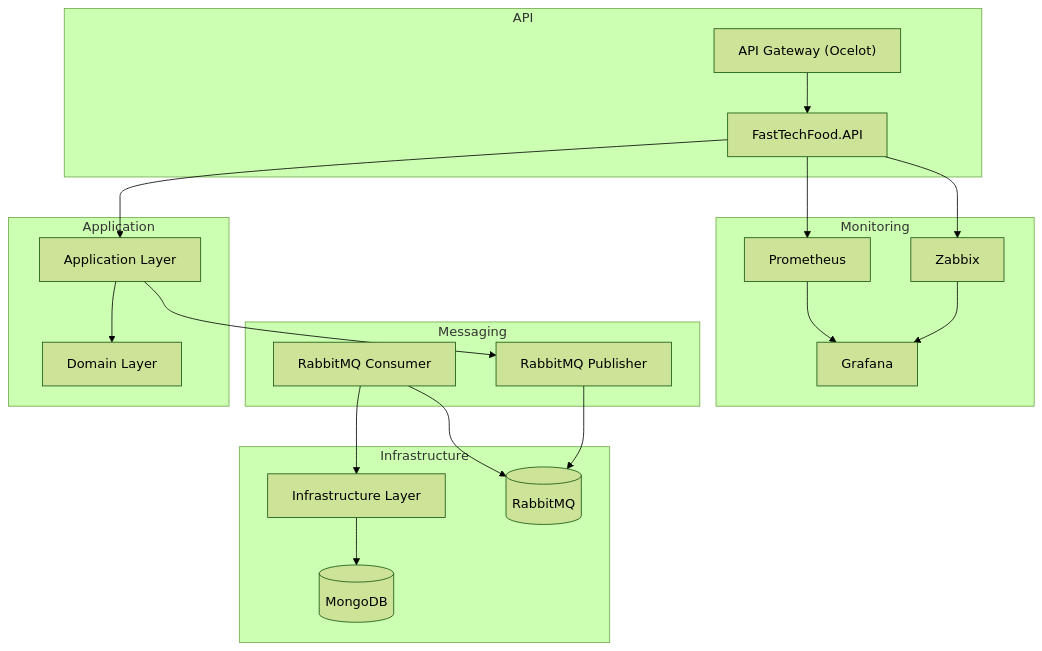
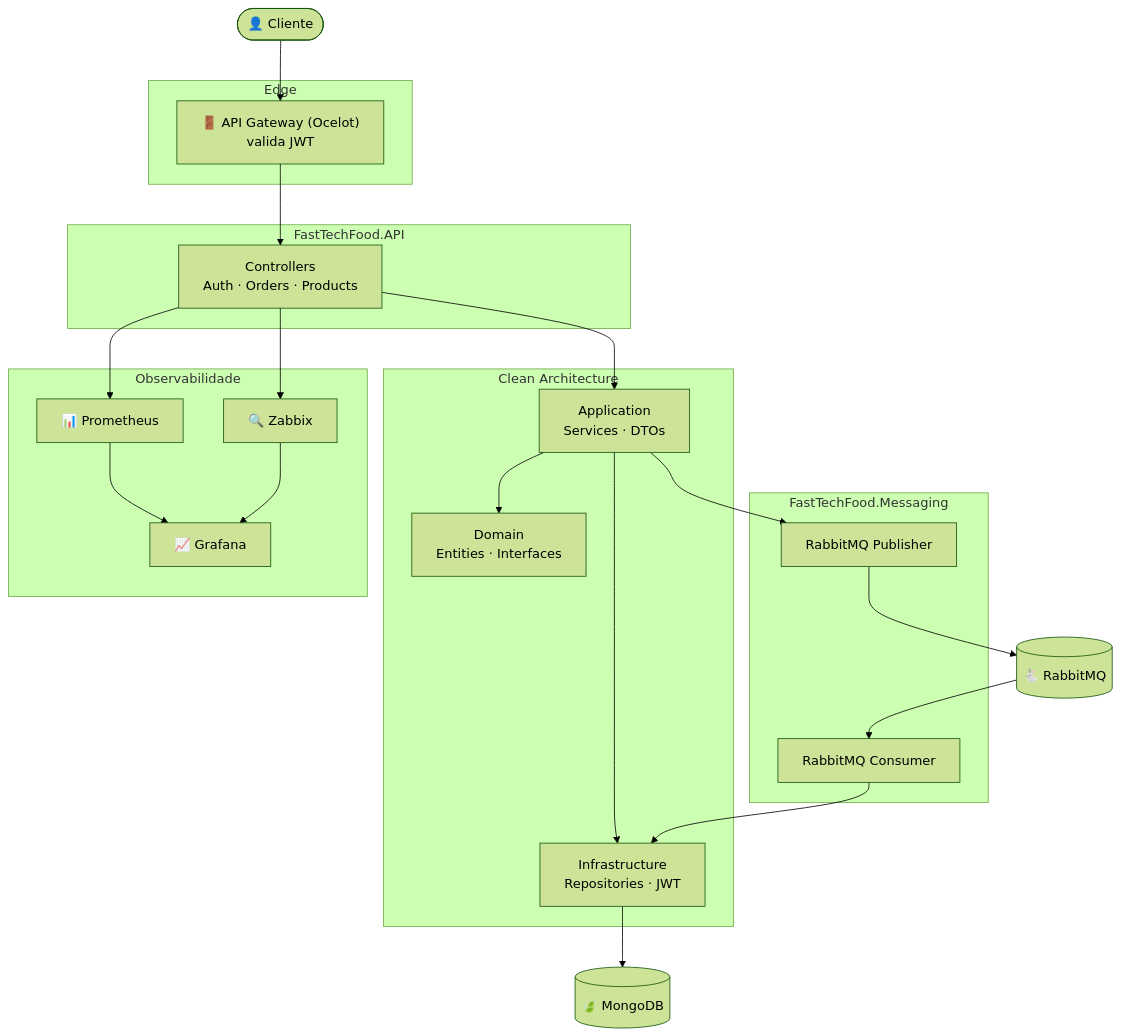
One commit to cabxavier/FastTechFood changed the diagram in README.md. Above: the diagram before and after it, drawn with Mermaid (forest theme). The commit also changed other lines of this file and 1 other file, not shown here.

````diff
--- a/README.md
+++ b/README.md
@@ -128,43 +95,47 @@
 ```mermaid
 graph TD
-    subgraph API
-        APIGateway["API Gateway (Ocelot)"]
-        FastTechFoodAPI["FastTechFood.API"]
+    Client([👤 Cliente]) --> APIGateway
+
+    subgraph Edge
+        APIGateway["🚪 API Gateway (Ocelot)<br/>valida JWT"]
     end
 
-    subgraph Application
-        AppLayer["Application Layer"]
-        DomainLayer["Domain Layer"]
+    subgraph API["FastTechFood.API"]
+        FastTechFoodAPI["Controllers<br/>Auth · Orders · Products"]
     end
 
-    subgraph Infrastructure
-        InfraLayer["Infrastructure Layer"]
-        MongoDB[(MongoDB)]
-        RabbitMQ[(RabbitMQ)]
+    subgraph Camadas["Clean Architecture"]
+        AppLayer["Application<br/>Services · DTOs"]
+        DomainLayer["Domain<br/>Entities · Interfaces"]
+        InfraLayer["Infrastructure<br/>Repositories · JWT"]
     end
 
-    subgraph Messaging
+    subgraph Messaging["FastTechFood.Messaging"]
+        MessagingPublisher["RabbitMQ Publisher"]
         MessagingConsumer["RabbitMQ Consumer"]
-        MessagingPublisher["RabbitMQ Publisher"]
     end
 
-    subgraph Monitoring
-        Prometheus["Prometheus"]
-        Zabbix["Zabbix"]
-        Grafana["Grafana"]
+    MongoDB[(🍃 MongoDB)]
+    RabbitMQ[(🐇 RabbitMQ)]
+
+    subgraph Monitoring["Observabilidade"]
+        Prometheus["📊 Prometheus"]
+        Zabbix["🔍 Zabbix"]
+        Grafana["📈 Grafana"]
     end
 
     APIGateway --> FastTechFoodAPI
     FastTechFoodAPI --> AppLayer
     AppLayer --> DomainLayer
+    AppLayer --> InfraLayer
     AppLayer --> MessagingPublisher
+    MessagingPublisher --> RabbitMQ
+    RabbitMQ --> MessagingConsumer
     MessagingConsumer --> InfraLayer
     InfraLayer --> MongoDB
-    MessagingPublisher --> RabbitMQ
-    MessagingConsumer --> RabbitMQ
 
+    FastTechFoodAPI --> Prometheus
+    FastTechFoodAPI --> Zabbix
     Prometheus --> Grafana
     Zabbix --> Grafana
-    FastTechFoodAPI --> Prometheus
-    FastTechFoodAPI --> Zabbix
 ```
````
